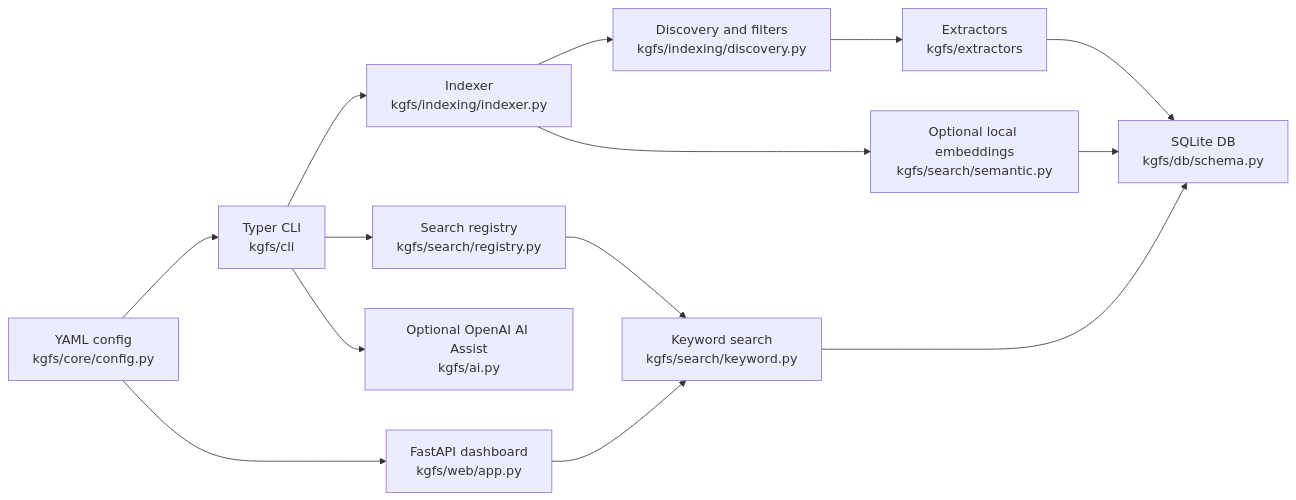
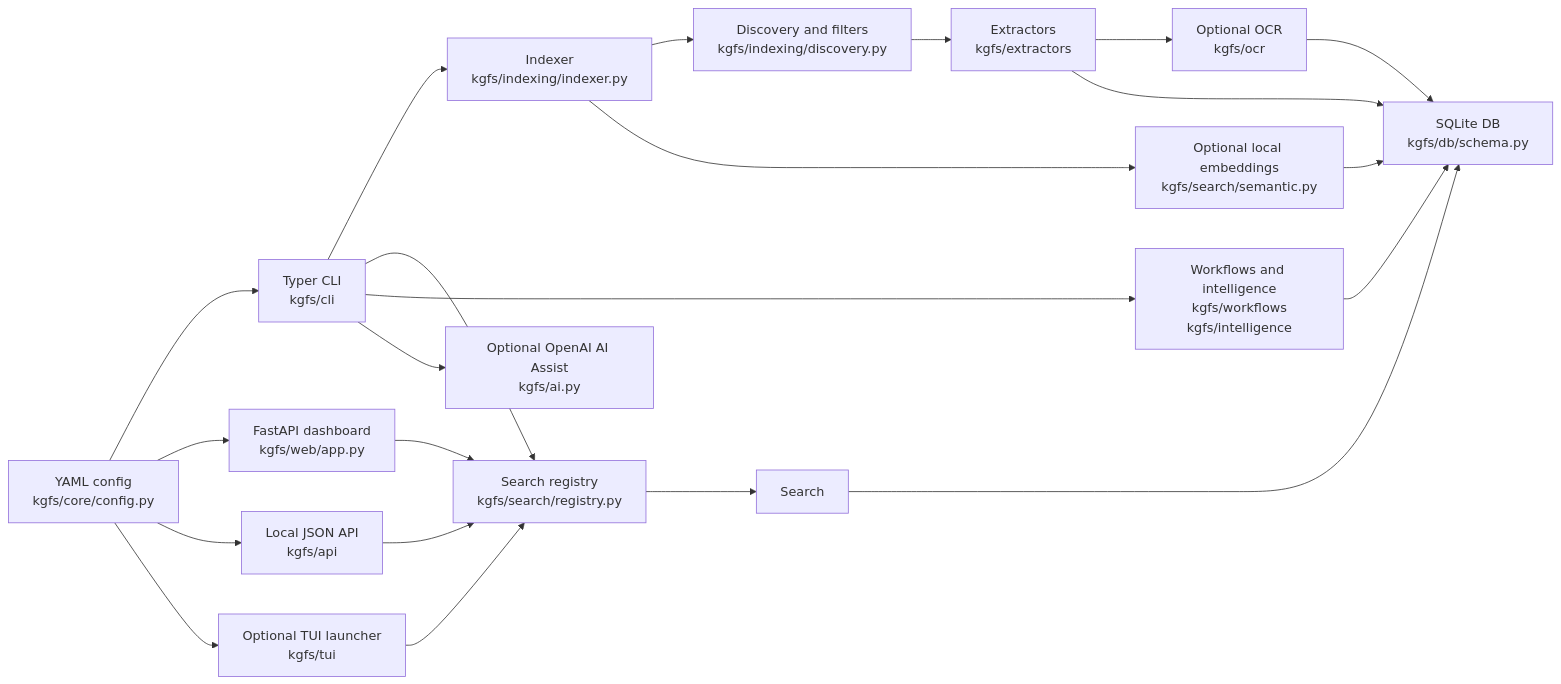
One commit to Kgray44/KG-File-Search changed the diagram in docs/README.md. Above: the diagram before and after it, drawn with Mermaid. The commit also changed other lines of this file and 55 other files, not shown here.

````diff
--- a/docs/README.md
+++ b/docs/README.md
@@ -88,16 +90,24 @@
 ```mermaid
 flowchart LR
     Config["YAML config\nkgfs/core/config.py"] --> CLI["Typer CLI\nkgfs/cli"]
     Config --> Web["FastAPI dashboard\nkgfs/web/app.py"]
+    Config --> API["Local JSON API\nkgfs/api"]
+    Config --> TUI["Optional TUI launcher\nkgfs/tui"]
     CLI --> Indexer["Indexer\nkgfs/indexing/indexer.py"]
-    Web --> Search["Keyword search\nkgfs/search/keyword.py"]
+    Web --> Registry
+    API --> Registry
+    TUI --> Registry
     Indexer --> Discovery["Discovery and filters\nkgfs/indexing/discovery.py"]
     Discovery --> Extractors["Extractors\nkgfs/extractors"]
+    Extractors --> OCR["Optional OCR\nkgfs/ocr"]
     Extractors --> DB["SQLite DB\nkgfs/db/schema.py"]
+    OCR --> DB
     Indexer --> Semantic["Optional local embeddings\nkgfs/search/semantic.py"]
     Semantic --> DB
     Search --> DB
     CLI --> Registry["Search registry\nkgfs/search/registry.py"]
     Registry --> Search
+    CLI --> Workflows["Workflows and intelligence\nkgfs/workflows\nkgfs/intelligence"]
+    Workflows --> DB
     CLI --> AI["Optional OpenAI AI Assist\nkgfs/ai.py"]
 ```
````
